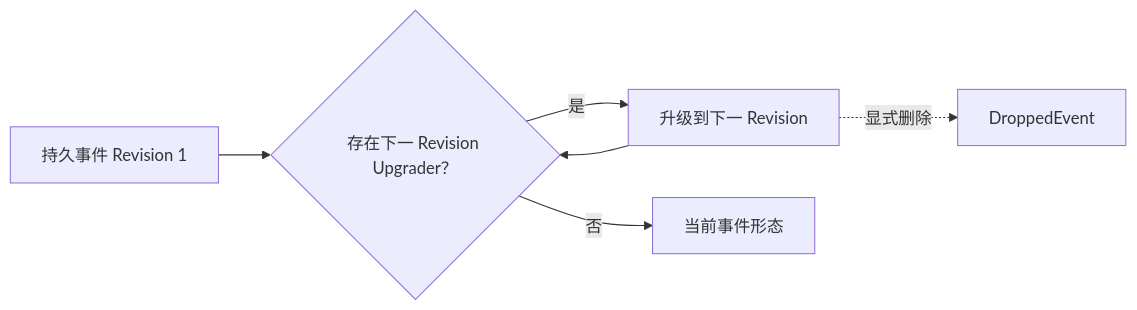
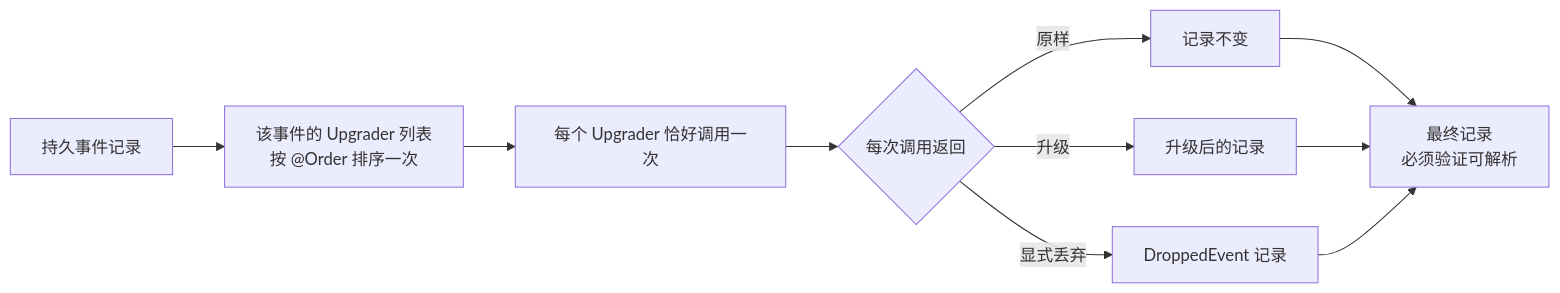
One commit to Ahoo-Wang/Wow changed the diagram in documentation/docs/zh/guide/domain/event-evolution.md. Above: the diagram before and after it, drawn with Mermaid. The commit also changed other lines of this file and 11 other files, not shown here.

Commit message:
docs: correct final diagram semantics

````diff
--- a/documentation/docs/zh/guide/domain/event-evolution.md
+++ b/documentation/docs/zh/guide/domain/event-evolution.md
@@ -11,8 +11,12 @@
 ```mermaid
 flowchart LR
-    Persisted["持久事件 Revision 1"] --> Lookup{"存在下一 Revision Upgrader？"}
-    Lookup -->|是| Upgrade["升级到下一 Revision"]
-    Upgrade --> Lookup
-    Lookup -->|否| Current["当前事件形态"]
-    Upgrade -. "显式删除" .-> Dropped["DroppedEvent"]
+    Persisted["持久事件记录"] --> Ordered["该事件的 Upgrader 列表<br/>按 @Order 排序一次"]
+    Ordered --> Apply["每个 Upgrader 恰好调用一次"]
+    Apply --> Result{"每次调用返回"}
+    Result -->|原样| Unchanged["记录不变"]
+    Result -->|升级| Upgraded["升级后的记录"]
+    Result -->|显式丢弃| Dropped["DroppedEvent 记录"]
+    Unchanged --> Final["最终记录<br/>必须验证可解析"]
+    Upgraded --> Final
+    Dropped --> Final
 ```
````
